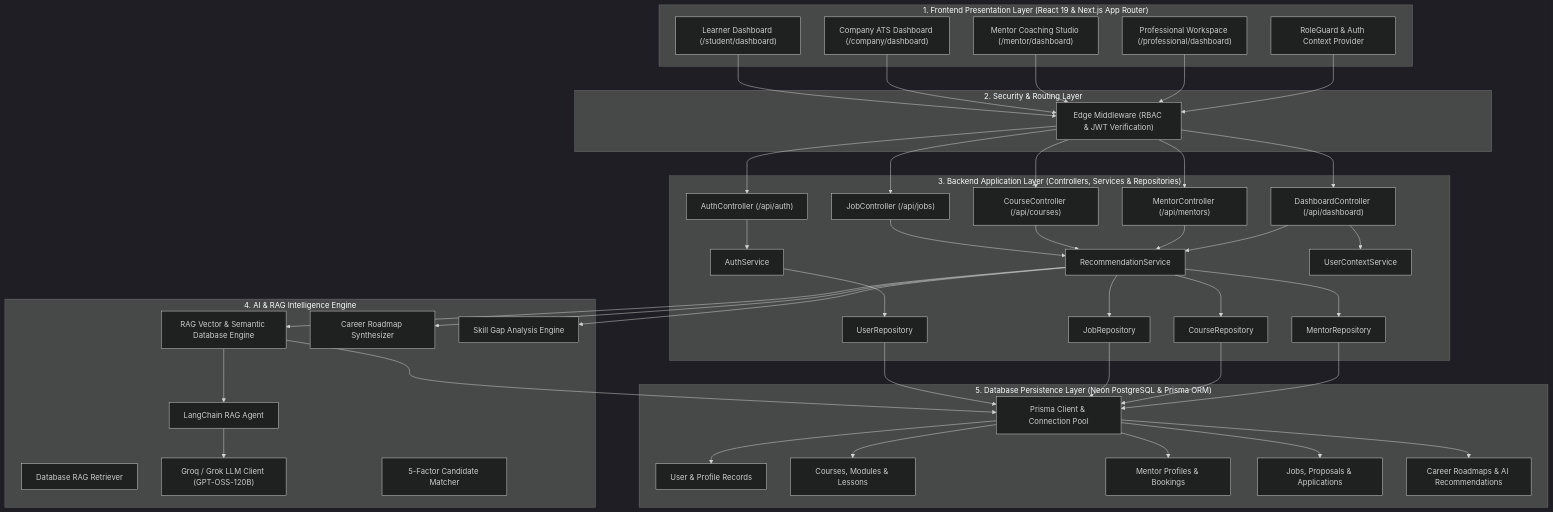
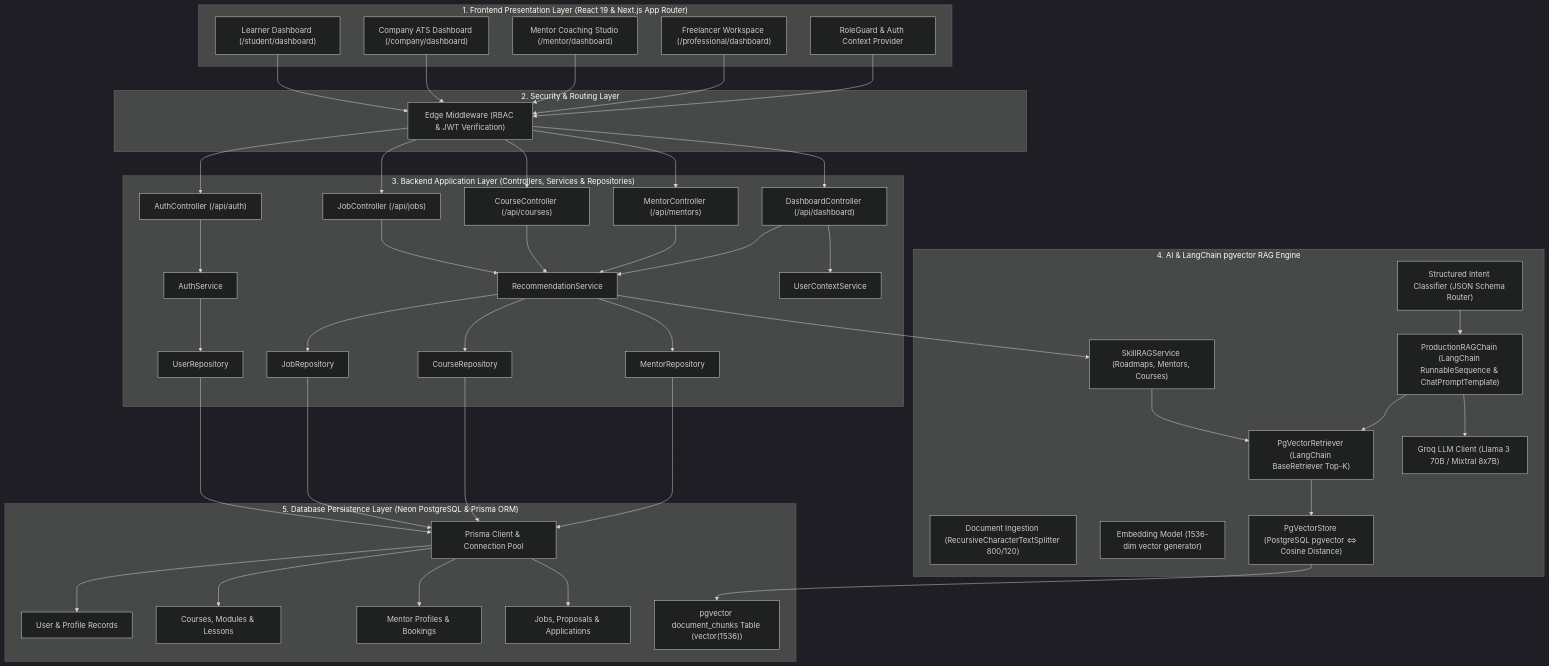
One commit to tharuntej123/growearn changed the diagram in ARCHITECTURE.md. Above: the diagram before and after it, drawn with Mermaid (dark theme). The commit also changed other lines of this file, not shown here.

Commit message:
docs: update ARCHITECTURE.md with comprehensive interview walkthrough and folder guide

````diff
--- a/ARCHITECTURE.md
+++ b/ARCHITECTURE.md
@@ -15,7 +15,7 @@
         UI_Learner["Learner Dashboard (/student/dashboard)"]
         UI_Company["Company ATS Dashboard (/company/dashboard)"]
         UI_Mentor["Mentor Coaching Studio (/mentor/dashboard)"]
-        UI_Pro["Professional Workspace (/professional/dashboard)"]
+        UI_Pro["Freelancer Workspace (/professional/dashboard)"]
         UI_Auth["RoleGuard & Auth Context Provider"]
     end
 
@@ -40,14 +40,15 @@
         Repo_Mentor["MentorRepository"]
     end
 
-    subgraph AI_RAG_Layer["4. AI & RAG Intelligence Engine"]
-        RAG_DB["RAG Vector & Semantic Database Engine"]
-        RAG_Retriever["Database RAG Retriever"]
-        LangChain_Agent["LangChain RAG Agent"]
-        LLM_Client["Groq / Grok LLM Client (GPT-OSS-120B)"]
-        Roadmap_Engine["Career Roadmap Synthesizer"]
-        Skill_Engine["Skill Gap Analysis Engine"]
-        Hybrid_Matcher["5-Factor Candidate Matcher"]
+    subgraph AI_RAG_Layer["4. AI & LangChain pgvector RAG Engine"]
+        Ingest["Document Ingestion (RecursiveCharacterTextSplitter 800/120)"]
+        Embeddings["Embedding Model (1536-dim vector generator)"]
+        VectorStore["PgVectorStore (PostgreSQL pgvector <=> Cosine Distance)"]
+        Retriever["PgVectorRetriever (LangChain BaseRetriever Top-K)"]
+        IntentClassifier["Structured Intent Classifier (JSON Schema Router)"]
+        RAG_Chain["ProductionRAGChain (LangChain RunnableSequence & ChatPromptTemplate)"]
+        Skill_RAG["SkillRAGService (Roadmaps, Mentors, Courses)"]
+        LLM_Client["Groq LLM Client (Llama 3 70B / Mixtral 8x7B)"]
     end
 
     subgraph Persistence_Layer["5. Database Persistence Layer (Neon PostgreSQL & Prisma ORM)"]
@@ -56,7 +57,7 @@
         DB_Courses["Courses, Modules & Lessons"]
         DB_Mentors["Mentor Profiles & Bookings"]
         DB_Jobs["Jobs, Proposals & Applications"]
-        DB_RAG_Meta["Career Roadmaps & AI Recommendations"]
+        DB_PgVector["pgvector document_chunks Table (vector(1536))"]
     end
 
     UI_Learner --> MW
@@ -78,11 +79,13 @@
     Ctrl_Dash --> Svc_Rec
     Ctrl_Dash --> Svc_UserCtx
 
-    Svc_Rec --> RAG_DB
-    Svc_Rec --> Skill_Engine
-    Svc_Rec --> Roadmap_Engine
-    RAG_DB --> LangChain_Agent
-    LangChain_Agent --> LLM_Client
+    Svc_Rec --> Skill_RAG
+    Skill_RAG --> Retriever
+    Retriever --> VectorStore
+    VectorStore --> DB_PgVector
+    RAG_Chain --> Retriever
+    RAG_Chain --> LLM_Client
+    IntentClassifier --> RAG_Chain
 
     Svc_Auth --> Repo_User
     Svc_Rec --> Repo_Job
@@ -93,11 +96,9 @@
     Repo_Job --> Prisma_Client
     Repo_Course --> Prisma_Client
     Repo_Mentor --> Prisma_Client
-    RAG_DB --> Prisma_Client
 
     Prisma_Client --> DB_Users
     Prisma_Client --> DB_Courses
     Prisma_Client --> DB_Mentors
     Prisma_Client --> DB_Jobs
-    Prisma_Client --> DB_RAG_Meta
 ```
````
